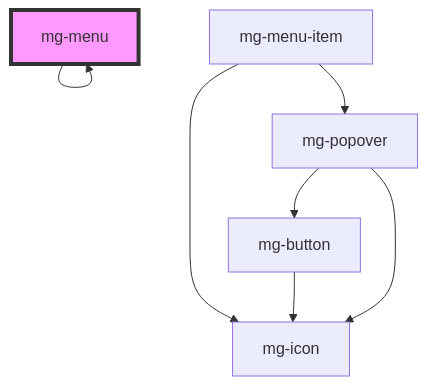
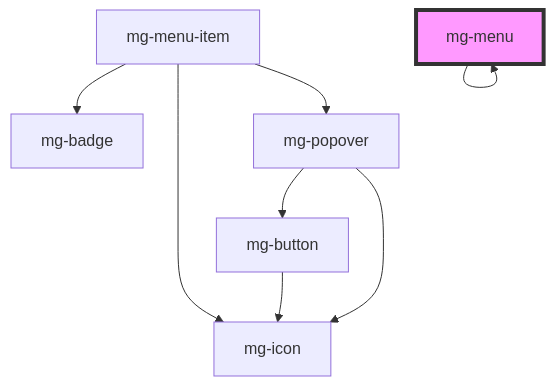
One commit to MGDIS/mg-components changed the diagram in src/components/molecules/menu/mg-menu/readme.md. Above: the diagram before and after it, drawn with Mermaid. The commit also changed 35 other files, not shown here.

````diff
--- a/src/components/molecules/menu/mg-menu/readme.md
+++ b/src/components/molecules/menu/mg-menu/readme.md
@@ -103,10 +103,11 @@
 ```mermaid
 graph TD;
   mg-menu --> mg-menu
+  mg-menu-item --> mg-badge
   mg-menu-item --> mg-icon
   mg-menu-item --> mg-popover
   mg-popover --> mg-button
   mg-popover --> mg-icon
   mg-button --> mg-icon
   style mg-menu fill:#f9f,stroke:#333,stroke-width:4px
 ```
````
